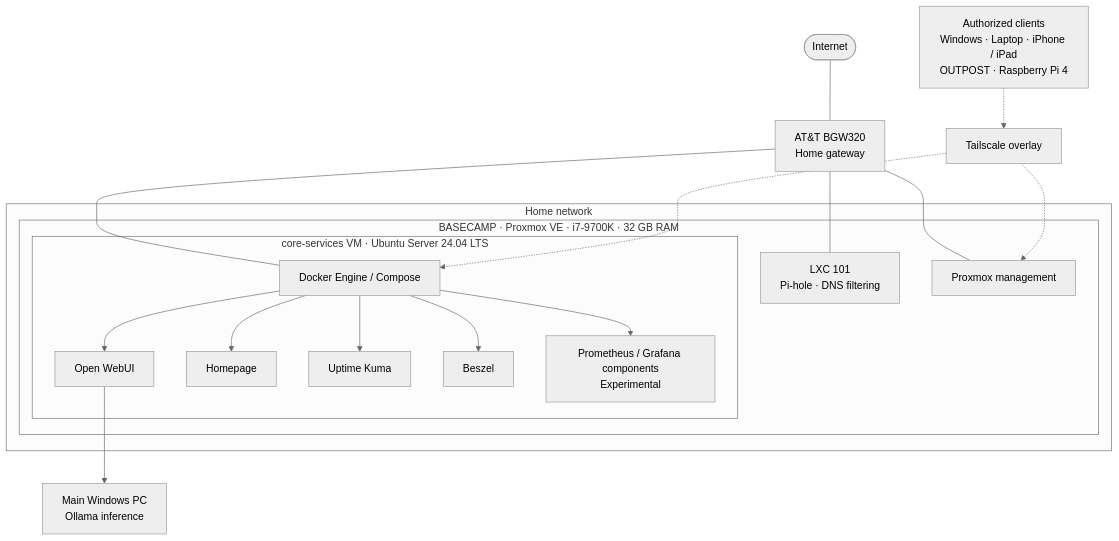
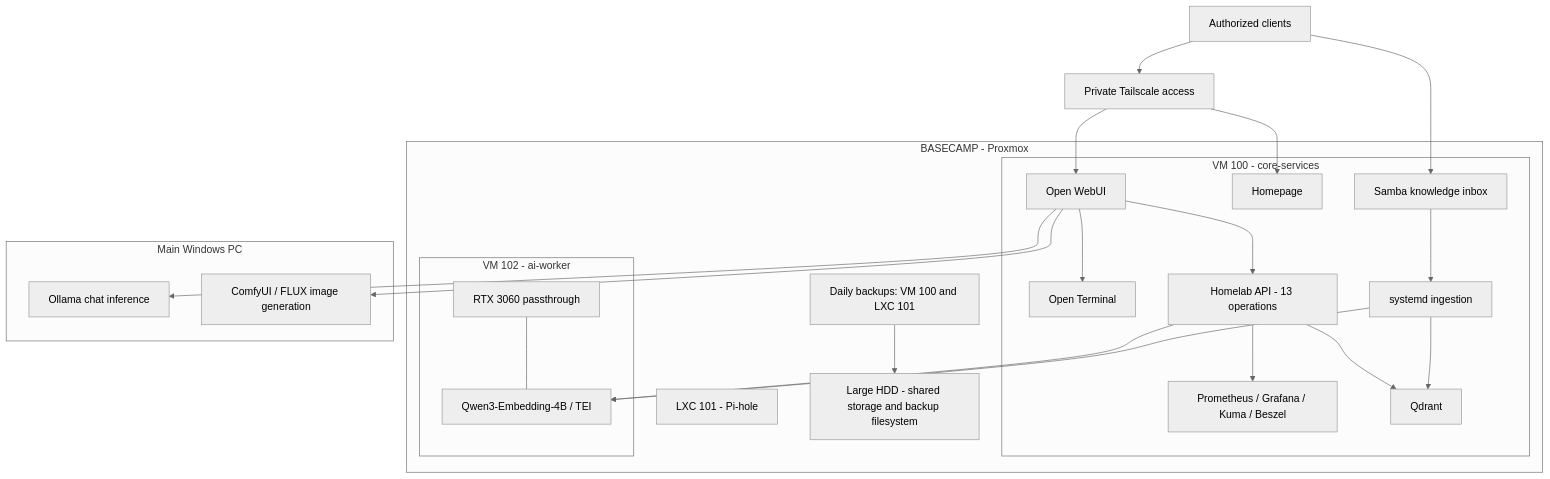
The diagram in diagrams/basecamp-architecture.md (soonerbear22-ux/basecamp-homelab), drawn with Mermaid (neutral theme) before and after one commit. The commit also changed other lines of this file and 10 other files, not shown here.

Commit message:
Update Basecamp GPU, backup, and knowledge architecture with September 26 evidence

````diff
--- a/diagrams/basecamp-architecture.md
+++ b/diagrams/basecamp-architecture.md
@@ -7,38 +7,42 @@
 ```mermaid
 flowchart TB
-    Internet([Internet])
-    Gateway["AT&T BGW320<br/>Home gateway"]
-    Internet --- Gateway
-
-    subgraph LAN["Home network"]
-        subgraph Host["BASECAMP · Proxmox VE · i7-9700K · 32 GB RAM"]
-            subgraph VM["core-services VM · Ubuntu Server 24.04 LTS"]
-                Docker["Docker Engine / Compose"]
-                WebUI["Open WebUI"]
-                Homepage["Homepage"]
-                Kuma["Uptime Kuma"]
-                Beszel["Beszel"]
-                Metrics["Prometheus / Grafana components<br/>Experimental"]
-                Docker --> WebUI
-                Docker --> Homepage
-                Docker --> Kuma
-                Docker --> Beszel
-                Docker --> Metrics
-            end
-            PiHole["LXC 101<br/>Pi-hole · DNS filtering"]
-            Admin["Proxmox management"]
+    Clients["Authorized clients"] --> Access["Private Tailscale access"]
+    Access --> WebUI
+    Access --> Dashboard
+    subgraph Basecamp["BASECAMP - Proxmox"]
+        subgraph Core["VM 100 - core-services"]
+            WebUI["Open WebUI"]
+            Terminal["Open Terminal"]
+            Dashboard["Homepage"]
+            API["Homelab API - 13 operations"]
+            Monitor["Prometheus / Grafana / Kuma / Beszel"]
+            Inbox["Samba knowledge inbox"]
+            Ingest["systemd ingestion"]
+            Qdrant["Qdrant"]
+            Inbox --> Ingest
+            WebUI --> API
+            WebUI --> Terminal
+            API --> Qdrant
+            API --> Monitor
+            Ingest --> Qdrant
         end
+        subgraph Worker["VM 102 - ai-worker"]
+            GPU["RTX 3060 passthrough"]
+            Embed["Qwen3-Embedding-4B / TEI"]
+            GPU --- Embed
+        end
+        DNS["LXC 101 - Pi-hole"]
+        Backup["Daily backups: VM 100 and LXC 101"]
+        Disk["Large HDD - shared storage and backup filesystem"]
+        Backup --> Disk
+        API --> Embed
+        Ingest --> Embed
     end
-
-    Inference["Main Windows PC<br/>Ollama inference"]
-    WebUI --> Inference
-    Gateway --- Admin
-    Gateway --- Docker
-    Gateway --- PiHole
-
-    Clients["Authorized clients<br/>Windows · Laptop · iPhone / iPad<br/>OUTPOST · Raspberry Pi 4"]
-    Overlay["Tailscale overlay"]
-    Clients -.-> Overlay
-    Overlay -.-> Admin
-    Overlay -.-> Docker
+    subgraph PC["Main Windows PC"]
+        Ollama["Ollama chat inference"]
+        Comfy["ComfyUI / FLUX image generation"]
+    end
+    WebUI --> Ollama
+    WebUI --> Comfy
+    Clients --> Inbox
 ```
````
